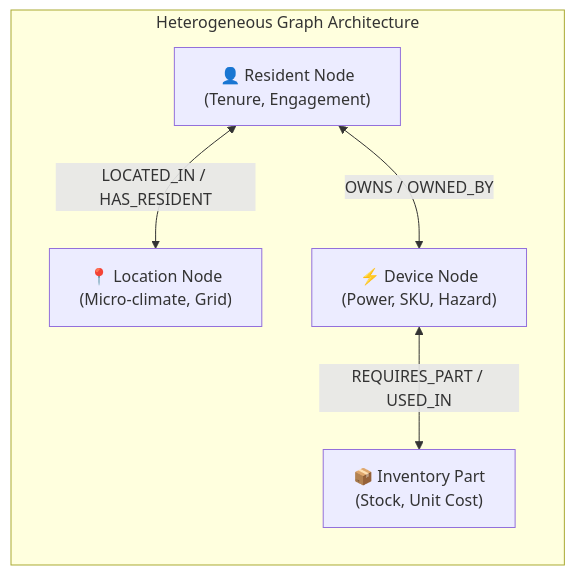
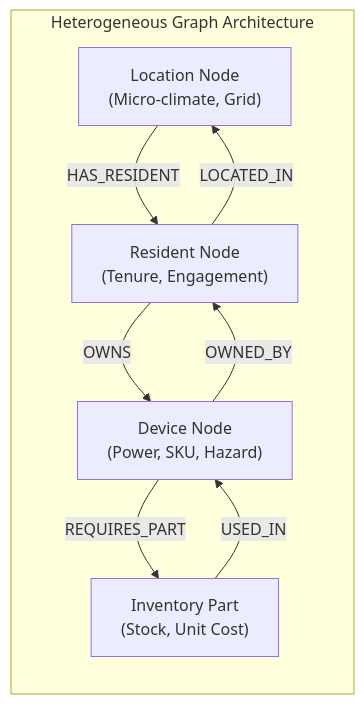
Before and after one commit to AnimeshBasak-14/SmartHVAC: the first of 4 diagrams in docs/GML_FOUNDATIONS_WHAT_WHY_HOW_WHERE.md, drawn with Mermaid. The commit also changed other lines of this file and 51 other files, not shown here.

````diff
--- a/docs/GML_FOUNDATIONS_WHAT_WHY_HOW_WHERE.md
+++ b/docs/GML_FOUNDATIONS_WHAT_WHY_HOW_WHERE.md
@@ -20,13 +20,16 @@
 ```mermaid
-graph LR
-    subgraph Heterogeneous Graph Architecture
-        L["📍 Location Node<br>(Micro-climate, Grid)"]
-        R["👤 Resident Node<br>(Tenure, Engagement)"]
-        D["⚡ Device Node<br>(Power, SKU, Hazard)"]
-        P["📦 Inventory Part<br>(Stock, Unit Cost)"]
+flowchart LR
+    subgraph Heterogeneous_Graph_Architecture["Heterogeneous Graph Architecture"]
+        L["Location Node<br>(Micro-climate, Grid)"]
+        R["Resident Node<br>(Tenure, Engagement)"]
+        D["Device Node<br>(Power, SKU, Hazard)"]
+        P["Inventory Part<br>(Stock, Unit Cost)"]
 
-        R <-->|LOCATED_IN / HAS_RESIDENT| L
-        R <-->|OWNS / OWNED_BY| D
-        D <-->|REQUIRES_PART / USED_IN| P
+        R -->|LOCATED_IN| L
+        L -->|HAS_RESIDENT| R
+        R -->|OWNS| D
+        D -->|OWNED_BY| R
+        D -->|REQUIRES_PART| P
+        P -->|USED_IN| D
     end
 ```
````
